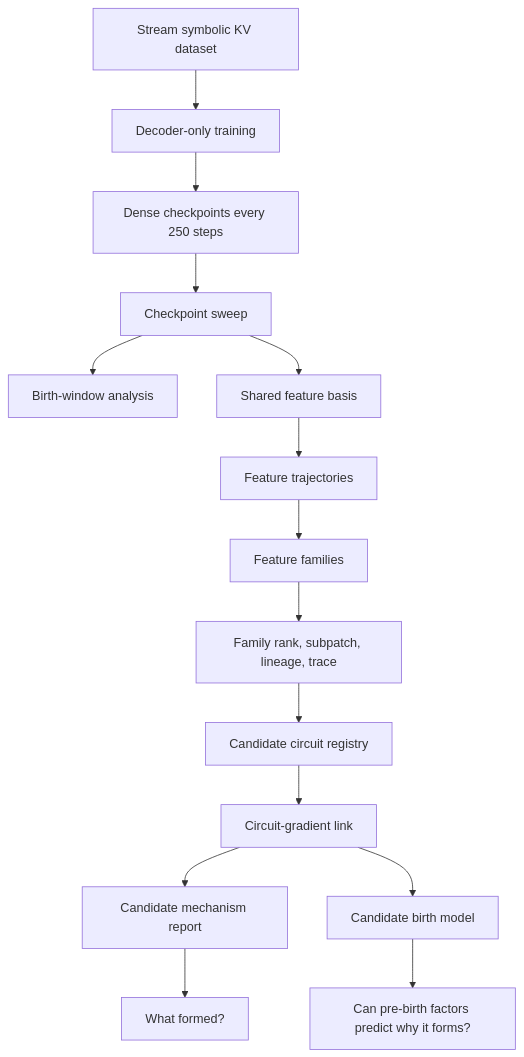
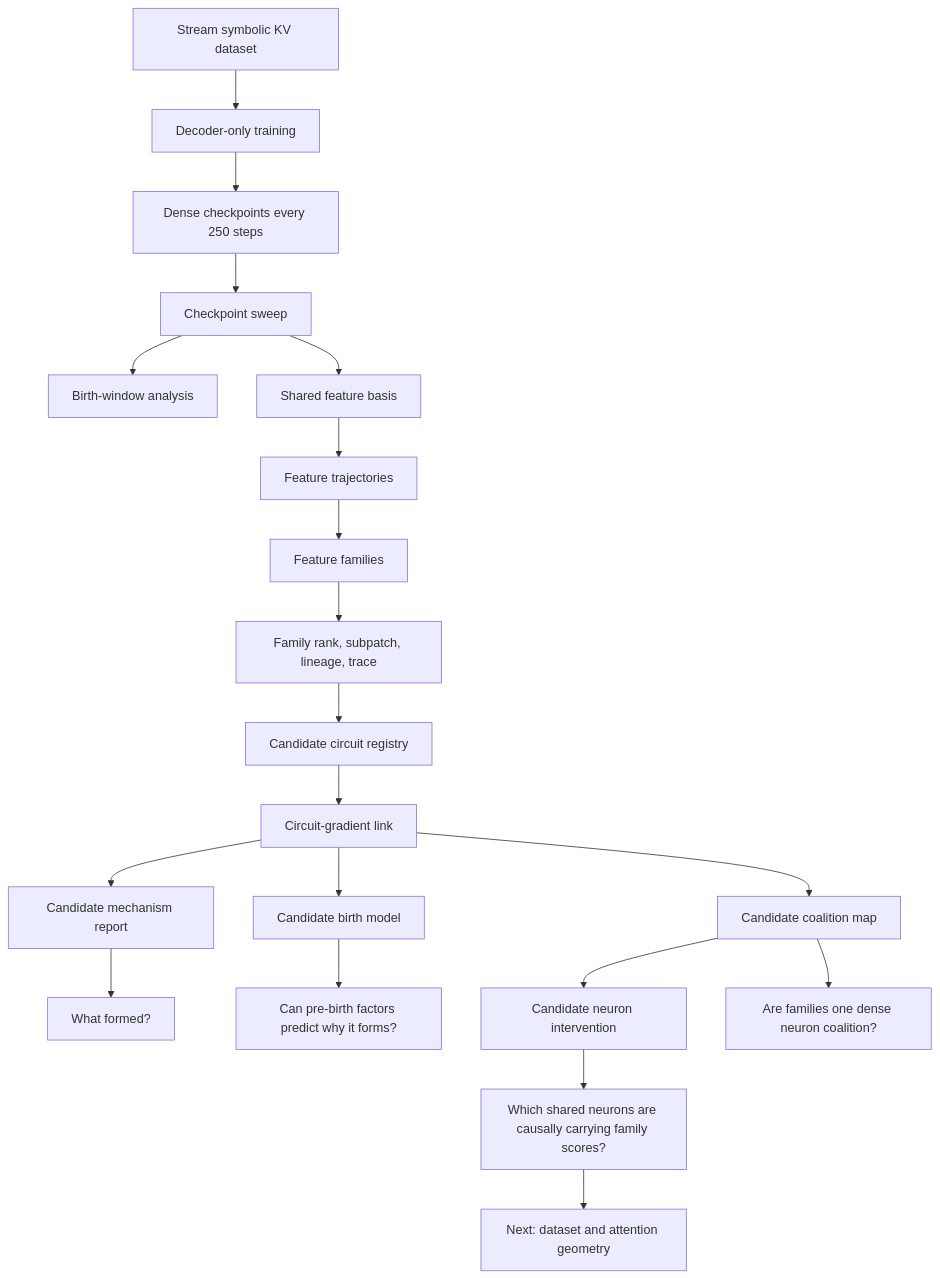
Before and after one commit to nelson960/Circuits: the first of 3 diagrams in docs/index.md, drawn with Mermaid. The commit also changed other lines of this file and 12 other files, not shown here.

````diff
--- a/docs/index.md
+++ b/docs/index.md
@@ -72,17 +75,22 @@
 ```mermaid
 flowchart TD
   A["Stream symbolic KV dataset"] --> B["Decoder-only training"]
   B --> C["Dense checkpoints every 250 steps"]
   C --> D["Checkpoint sweep"]
   D --> E["Birth-window analysis"]
   D --> F["Shared feature basis"]
   F --> G["Feature trajectories"]
   G --> H["Feature families"]
   H --> I["Family rank, subpatch, lineage, trace"]
   I --> J["Candidate circuit registry"]
   J --> K["Circuit-gradient link"]
   K --> L["Candidate mechanism report"]
   K --> M["Candidate birth model"]
+  K --> P["Candidate coalition map"]
+  P --> R["Candidate neuron intervention"]
   L --> N["What formed?"]
   M --> O["Can pre-birth factors predict why it forms?"]
+  P --> Q["Are families one dense neuron coalition?"]
+  R --> S["Which shared neurons are causally carrying family scores?"]
+  S --> T["Next: dataset and attention geometry"]
 ```
````
